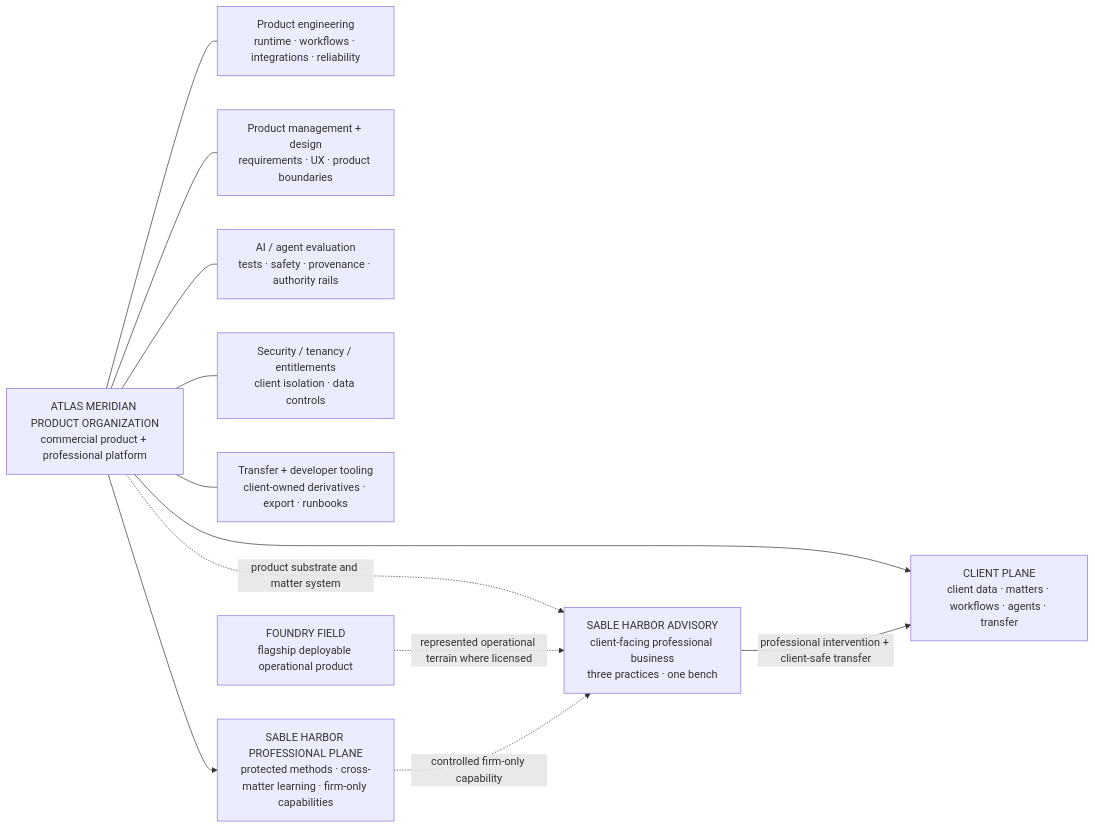
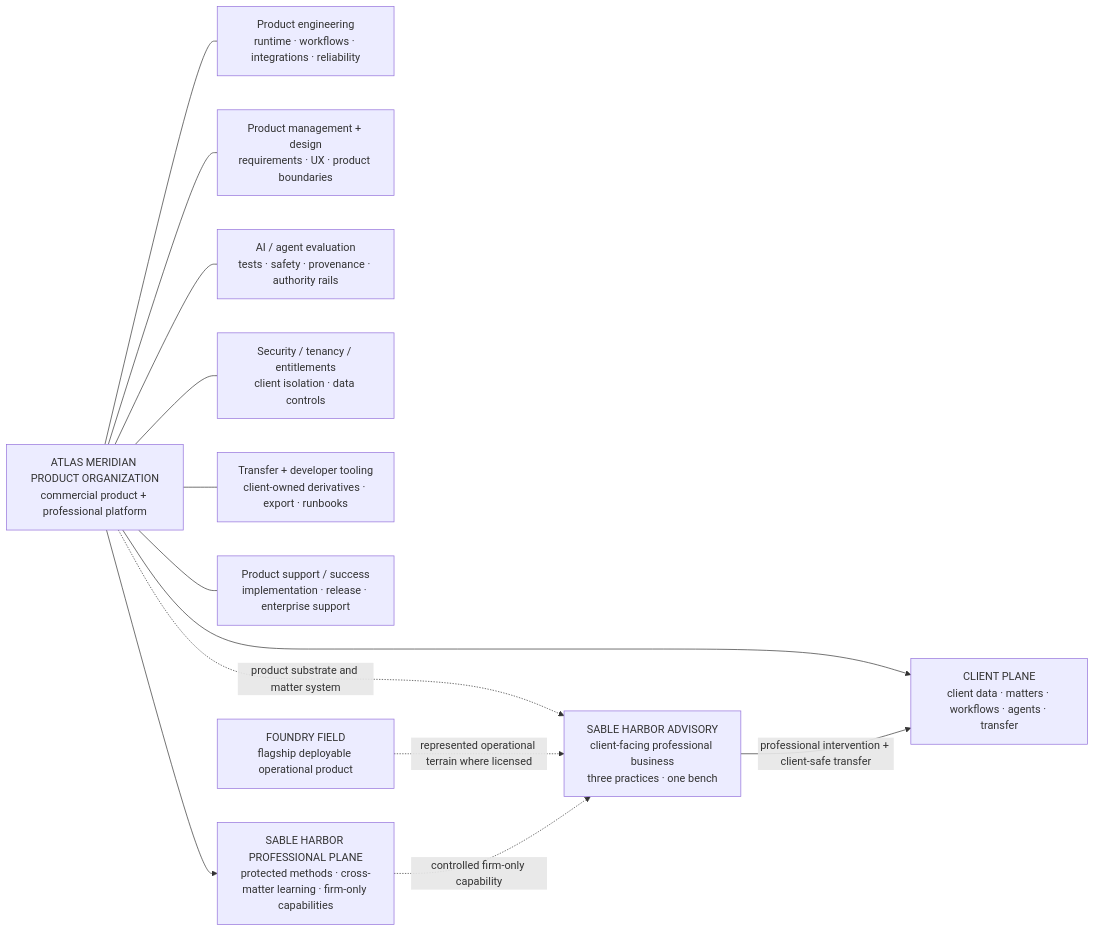
One commit to SquirmyWormy275/SABLEHARBOR changed the third of 3 diagrams in docs/organization/WILLOW_AND_ATLAS_MERIDIAN.md. Above: the diagram before and after it, drawn with Mermaid. The commit also changed other lines of this file, not shown here.

Commit message:
Update Atlas Meridian organization map to mature product standard

````diff
--- a/docs/organization/WILLOW_AND_ATLAS_MERIDIAN.md
+++ b/docs/organization/WILLOW_AND_ATLAS_MERIDIAN.md
@@ -87,25 +87,27 @@
 ```mermaid
 flowchart LR
     ATL["ATLAS MERIDIAN PRODUCT ORGANIZATION<br/>commercial product + professional platform"]
     ENG["Product engineering<br/>runtime · workflows · integrations · reliability"]
     PM["Product management + design<br/>requirements · UX · product boundaries"]
     EVAL["AI / agent evaluation<br/>tests · safety · provenance · authority rails"]
     SEC["Security / tenancy / entitlements<br/>client isolation · data controls"]
     TRANSFER["Transfer + developer tooling<br/>client-owned derivatives · export · runbooks"]
+    SUCCESS["Product support / success<br/>implementation · release · enterprise support"]
     ADV["SABLE HARBOR ADVISORY<br/>client-facing professional business<br/>three practices · one bench"]
     CLIENT["CLIENT PLANE<br/>client data · matters · workflows · agents · transfer"]
     PRO["SABLE HARBOR PROFESSIONAL PLANE<br/>protected methods · cross-matter learning · firm-only capabilities"]
     FF["FOUNDRY FIELD<br/>flagship deployable operational product"]
 
     ATL --- ENG
     ATL --- PM
     ATL --- EVAL
     ATL --- SEC
     ATL --- TRANSFER
+    ATL --- SUCCESS
     ATL --> CLIENT
     ATL --> PRO
     ATL -.->|product substrate and matter system| ADV
     FF -.->|represented operational terrain where licensed| ADV
     ADV -->|professional intervention + client-safe transfer| CLIENT
     PRO -.->|controlled firm-only capability| ADV
 ```
````
